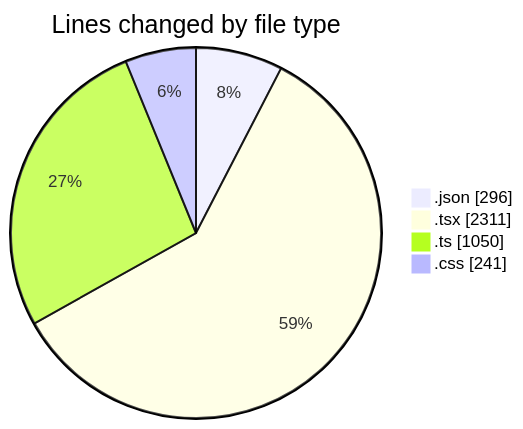
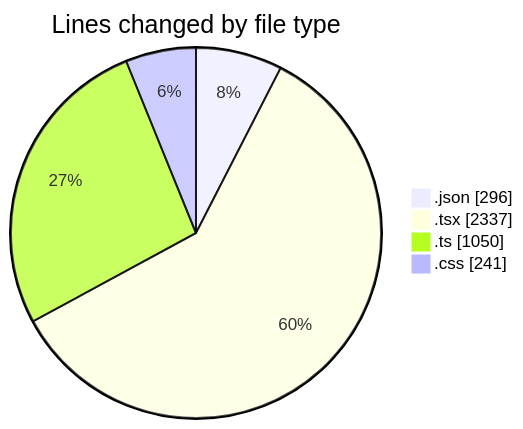
One commit to julien-gomy/code-tracking changed the first of 2 diagrams in 2025-10-07/eventscop-frontend-guide__workspace_/README.md. Above: the diagram before and after it, drawn with Mermaid. The commit also changed other lines of this file and 1 other file, not shown here.

````diff
--- a/2025-10-07/eventscop-frontend-guide__workspace_/README.md
+++ b/2025-10-07/eventscop-frontend-guide__workspace_/README.md
@@ -41,8 +42,8 @@
 ```mermaid
 pie showData
 title Lines changed by file type
 ".json" : 296
-".tsx" : 2311
+".tsx" : 2337
 ".ts" : 1050
 ".css" : 241
 ```
````
